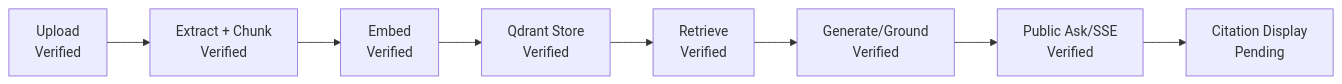
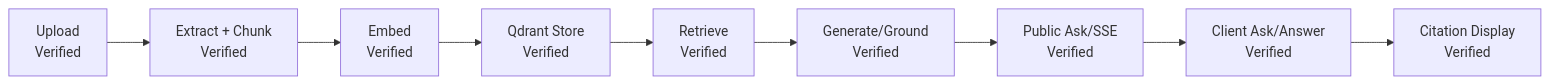
Before and after one commit to RyxnDmello/atlas: the first of 3 diagrams in AGENTS.md, drawn with Mermaid. The commit also changed other lines of this file and 16 other files, not shown here.

````diff
--- a/AGENTS.md
+++ b/AGENTS.md
@@ -82,10 +117,11 @@
 ```mermaid
 flowchart LR
     Upload["Upload<br/>Verified"] --> Chunk["Extract + Chunk<br/>Verified"]
     Chunk --> Embed["Embed<br/>Verified"]
     Embed --> Store["Qdrant Store<br/>Verified"]
     Store --> Retrieve["Retrieve<br/>Verified"]
     Retrieve --> Generate["Generate/Ground<br/>Verified"]
     Generate --> Stream["Public Ask/SSE<br/>Verified"]
-    Stream --> Cite["Citation Display<br/>Pending"]
+    Stream --> Client["Client Ask/Answer<br/>Verified"]
+    Client --> Cite["Citation Display<br/>Verified"]
 ```
````
